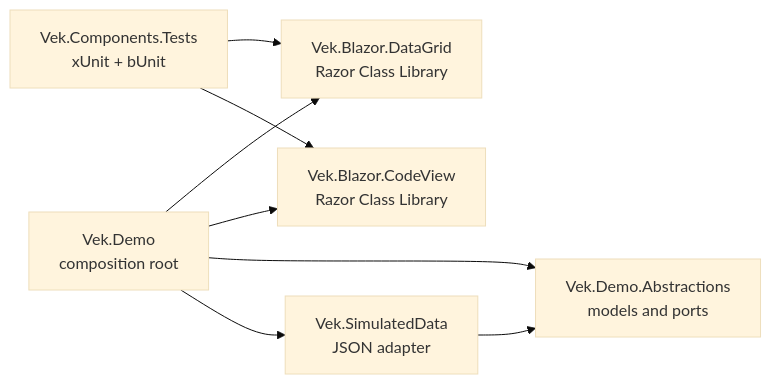
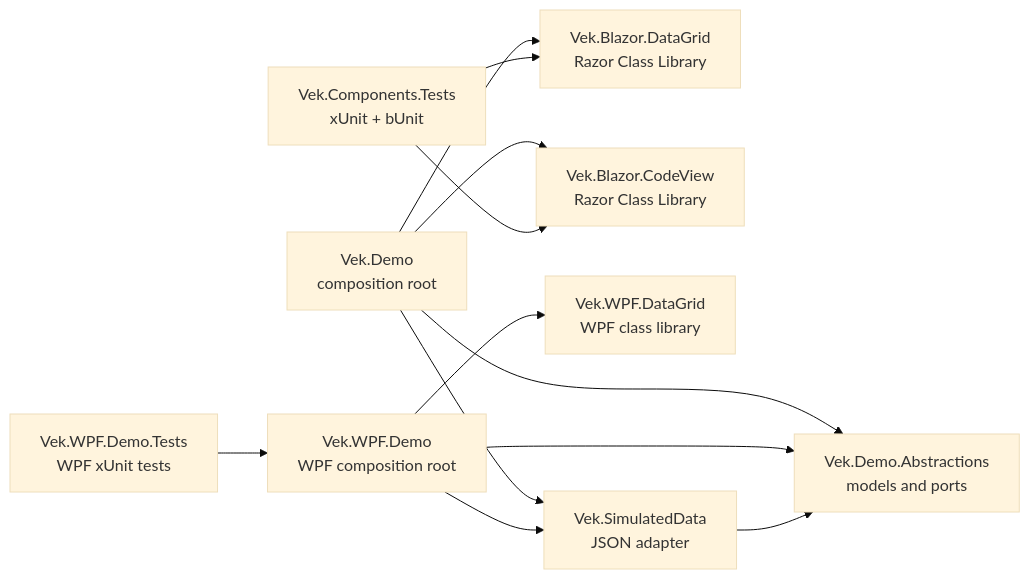
One commit to madiseh/Vek changed the diagram in docs/1.governance/architecture.md. Above: the diagram before and after it, drawn with Mermaid (base theme). The commit also changed other lines of this file, not shown here.

Commit message:
docs(architecture): document WPF demo

````diff
--- a/docs/1.governance/architecture.md
+++ b/docs/1.governance/architecture.md
@@ -18,17 +21,24 @@
 ```mermaid
 flowchart LR
     Demo[Vek.Demo<br/>composition root]
     DataGrid[Vek.Blazor.DataGrid<br/>Razor Class Library]
     CodeView[Vek.Blazor.CodeView<br/>Razor Class Library]
+    WpfDemo[Vek.WPF.Demo<br/>WPF composition root]
+    WpfDataGrid[Vek.WPF.DataGrid<br/>WPF class library]
     Ports[Vek.Demo.Abstractions<br/>models and ports]
     SimData[Vek.SimulatedData<br/>JSON adapter]
     Tests[Vek.Components.Tests<br/>xUnit + bUnit]
+    WpfTests[Vek.WPF.Demo.Tests<br/>WPF xUnit tests]
 
     Demo --> DataGrid
     Demo --> CodeView
     Demo --> Ports
     Demo --> SimData
+    WpfDemo --> WpfDataGrid
+    WpfDemo --> Ports
+    WpfDemo --> SimData
     SimData --> Ports
     Tests --> DataGrid
     Tests --> CodeView
+    WpfTests --> WpfDemo
 ```
````
